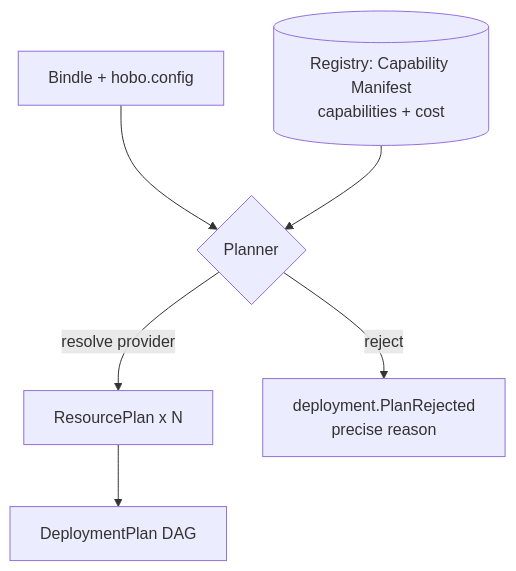
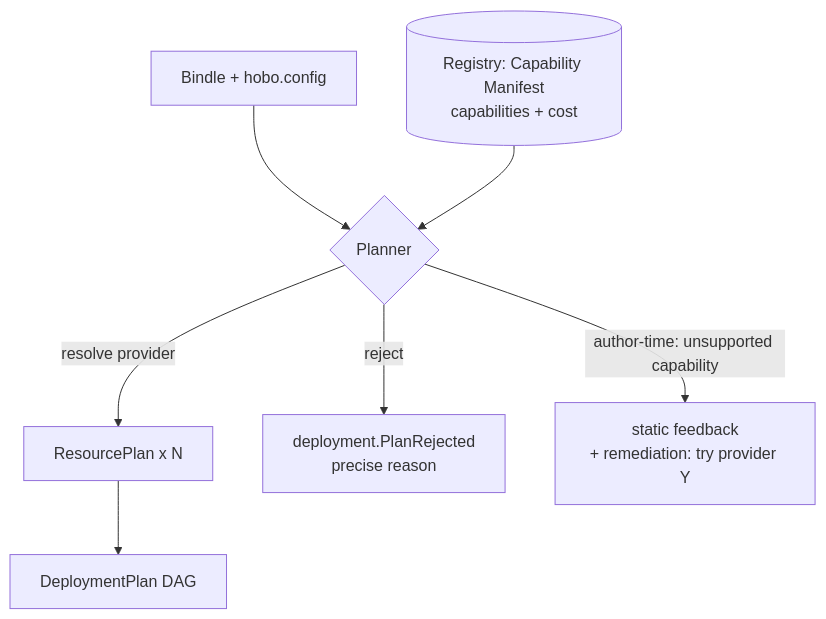
One commit to Tyler-R-Kendrick/HoBo changed the third of 3 diagrams in docs/design/control-plane.md. Above: the diagram before and after it, drawn with Mermaid. The commit also changed other lines of this file and 15 other files, not shown here.

````diff
--- a/docs/design/control-plane.md
+++ b/docs/design/control-plane.md
@@ -183,8 +185,9 @@
 ```mermaid
 flowchart TD
   B[Bindle + hobo.config] --> P{Planner}
   R[(Registry: Capability Manifest<br/>capabilities + cost)] --> P
   P -->|resolve provider| RP[ResourcePlan x N]
   P -->|reject| X[deployment.PlanRejected<br/>precise reason]
+  P -->|author-time: unsupported capability| F[static feedback<br/>+ remediation: try provider Y]
   RP --> DAG[DeploymentPlan DAG]
 ```
````
